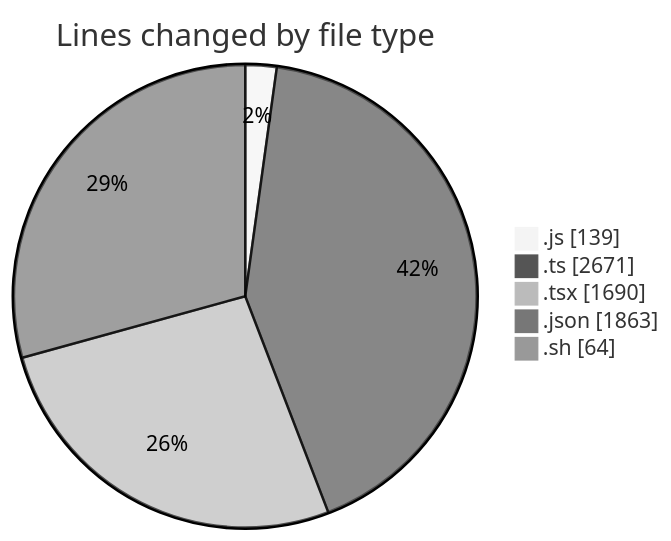
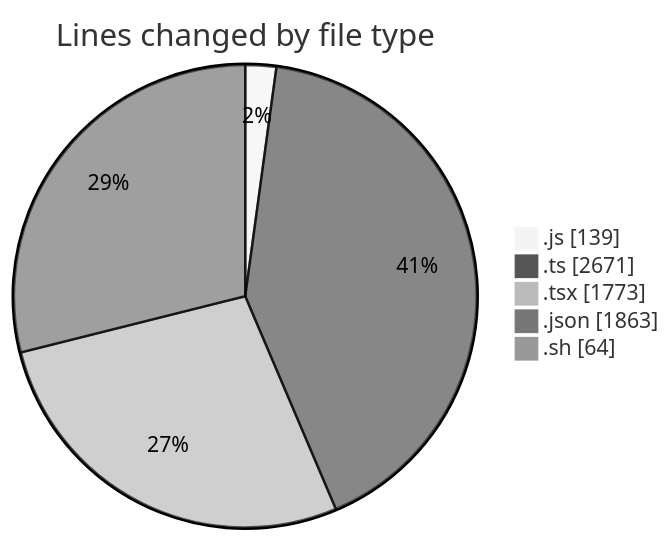
One commit to EIIisD/code-tracking changed the first of 2 diagrams in 2025-07-14/ribbon/README.md. Above: the diagram before and after it, drawn with Mermaid (neutral theme). The commit also changed other lines of this file and 1 other file, not shown here.

````diff
--- a/2025-07-14/ribbon/README.md
+++ b/2025-07-14/ribbon/README.md
@@ -49,9 +50,9 @@
 ```mermaid
 pie showData
 title Lines changed by file type
 ".js" : 139
 ".ts" : 2671
-".tsx" : 1690
+".tsx" : 1773
 ".json" : 1863
 ".sh" : 64
 ```
````
